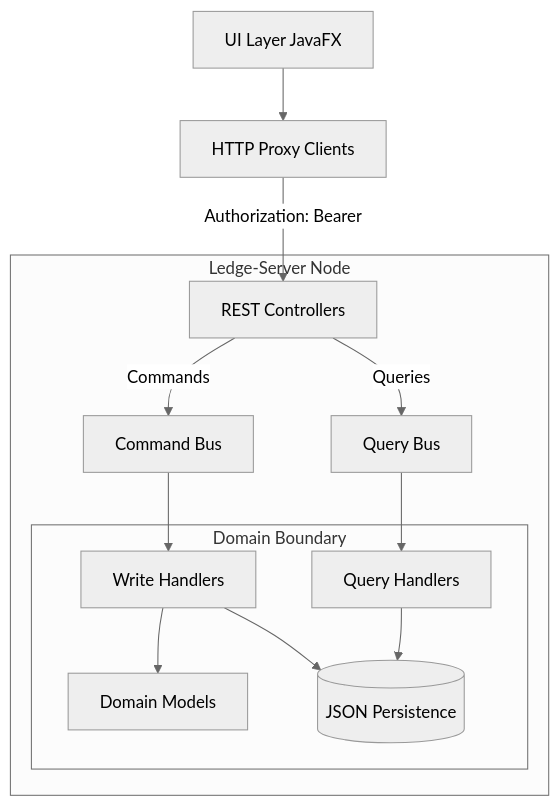
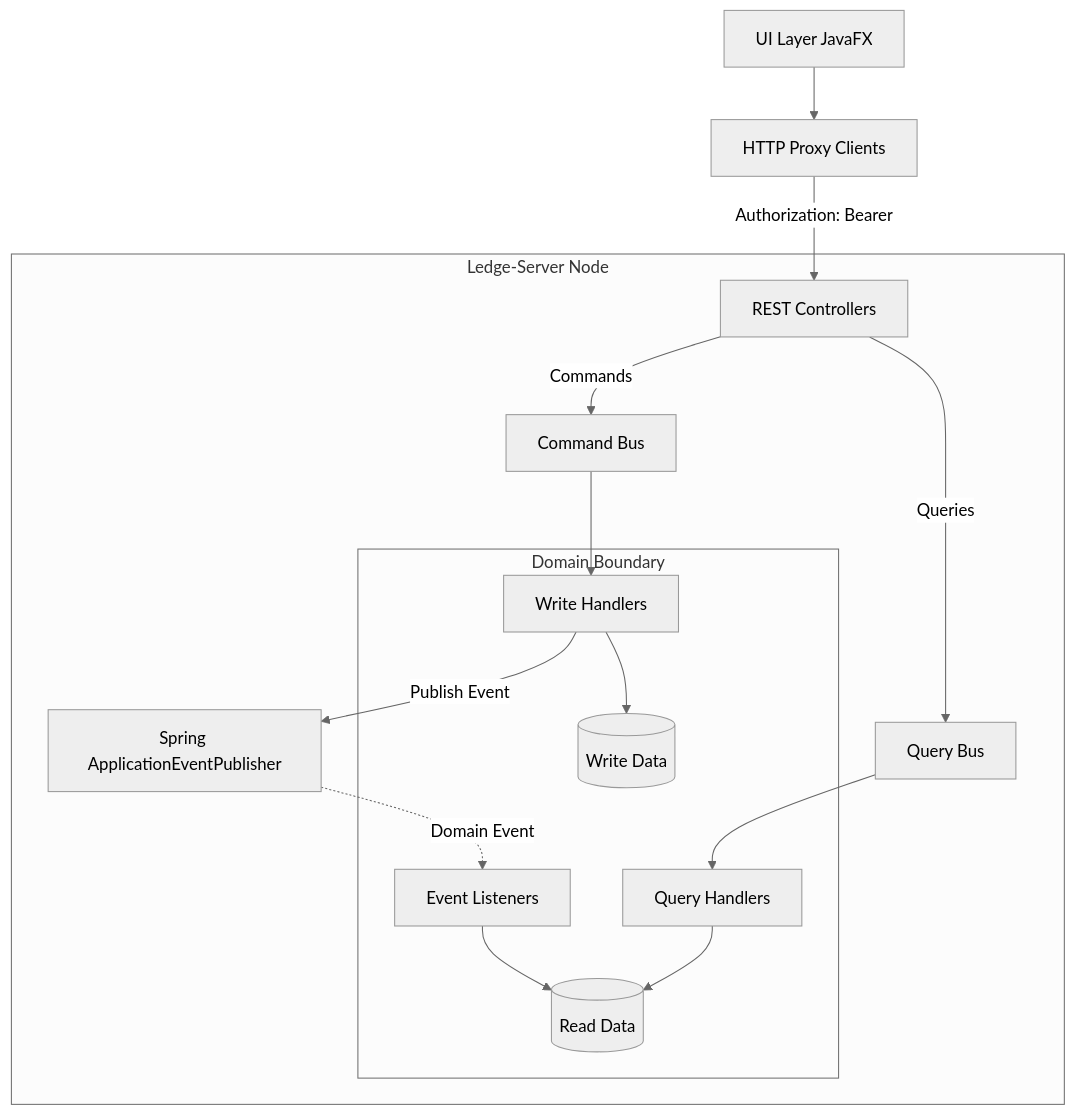
One commit to fahad-accordion-23/inventory-manager changed the second of 2 diagrams in docs/architecture.md. Above: the diagram before and after it, drawn with Mermaid (neutral theme). The commit also changed other lines of this file and 2 other files, not shown here.

Commit message:
docs: update architecture and dependency documentation

````diff
--- a/docs/architecture.md
+++ b/docs/architecture.md
@@ -52,31 +57,36 @@
 ```mermaid
 graph TD
     UI[UI Layer JavaFX]
     HClient[HTTP Proxy Clients]
     
     subgraph Ledge-Server Node
         REST[REST Controllers]
         CB[Command Bus]
         QB[Query Bus]
+        EB[Spring ApplicationEventPublisher]
         
         subgraph Domain Boundary
             WH[Write Handlers]
             QH[Query Handlers]
-            Domain[Domain Models]
-            DB[(JSON Persistence)]
+            Sync[Event Listeners]
+            WriteDB[(Write Data)]
+            ReadDB[(Read Data)]
         end
     end
     
     UI --> HClient
     HClient -->|Authorization: Bearer <token>| REST
     
     REST -->|Commands| CB
     REST -->|Queries| QB
     
     CB --> WH
-    WH --> Domain
-    WH --> DB
+    WH --> WriteDB
+    WH -->|Publish Event| EB
+    
+    EB -.->|Domain Event| Sync
+    Sync --> ReadDB
     
     QB --> QH
-    QH --> DB
+    QH --> ReadDB
 ```
````
